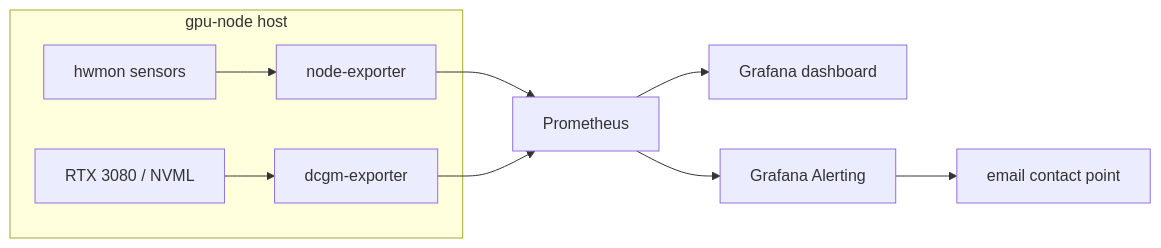
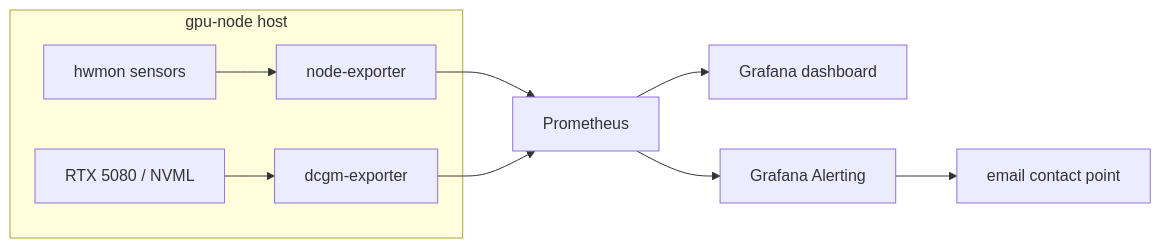
Before and after one commit to kaievns/gpu-node: the diagram in cluster/monitoring/README.md, drawn with Mermaid. The commit also changed other lines of this file and 24 other files, not shown here.

Commit message:
RTX 5080 re-baseline: HDMI-A-1 EDID target, gpu-profile v4.0 (PL=card max, no clock lock), rtx5080 label/nodeSelectors, dashboard 16GB/360W, fix dcgm counters CSV (4-field line crashed exporter)

````diff
--- a/cluster/monitoring/README.md
+++ b/cluster/monitoring/README.md
@@ -16,12 +16,12 @@
 ```mermaid
 flowchart LR
     subgraph gpu-node host
         hw[hwmon sensors] --> ne[node-exporter]
-        gpu[RTX 3080 / NVML] --> dcgm[dcgm-exporter]
+        gpu[RTX 5080 / NVML] --> dcgm[dcgm-exporter]
     end
     ne --> prom[Prometheus]
     dcgm --> prom
     prom --> dash[Grafana dashboard]
     prom --> alerts[Grafana Alerting]
     alerts --> mail[email contact point]
 ```
````
